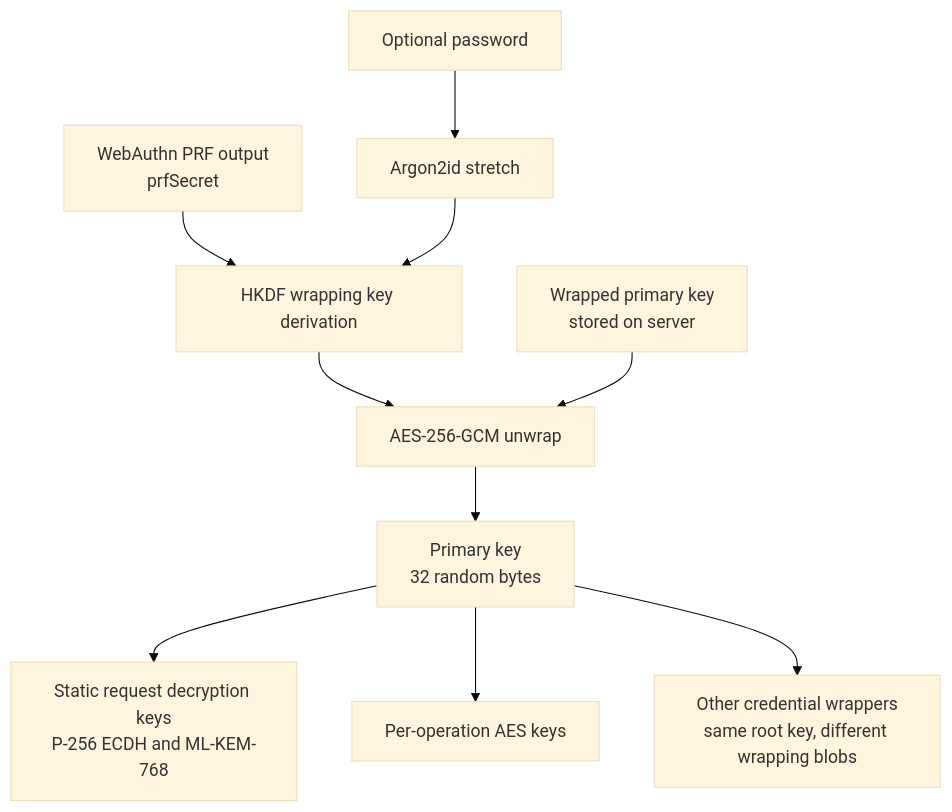
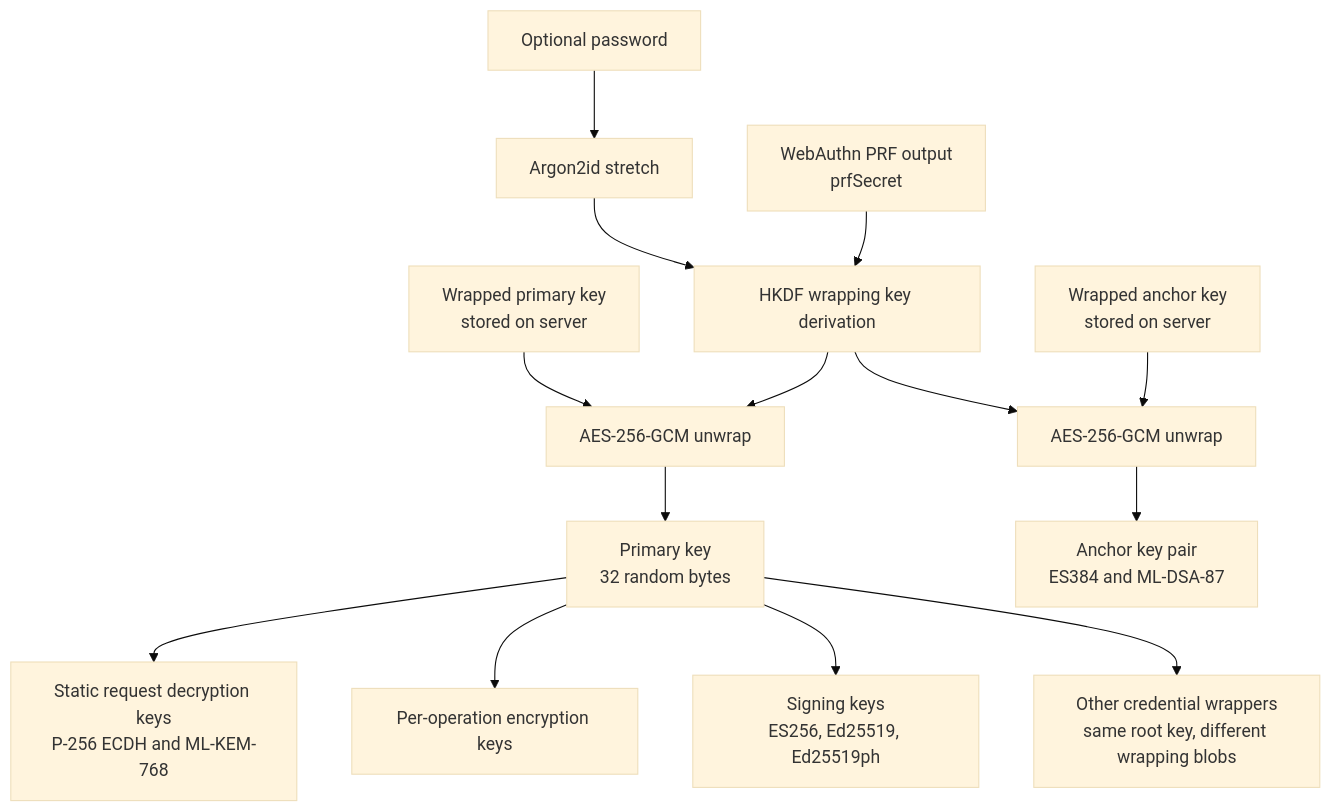
Before and after one commit to ItalyPaleAle/revaulter: the first of 9 diagrams in docs/content/docs/crypto-architecture.md, drawn with Mermaid (base theme). The commit also changed other lines of this file, not shown here.

First line of the commit message:
Update crypto-architecture

````diff
--- a/docs/content/docs/crypto-architecture.md
+++ b/docs/content/docs/crypto-architecture.md
@@ -20,12 +22,16 @@
 ```mermaid
 flowchart TD
     A[WebAuthn PRF output<br/>prfSecret] --> B[HKDF wrapping key derivation]
     P[Optional password] --> C[Argon2id stretch]
     C --> B
     B --> D[AES-256-GCM unwrap]
     S[Wrapped primary key<br/>stored on server] --> D
     D --> E[Primary key<br/>32 random bytes]
     E --> F[Static request decryption keys<br/>P-256 ECDH and ML-KEM-768]
-    E --> G[Per-operation AES keys]
+    E --> G[Per-operation encryption keys]
+    E --> I[Signing keys<br/>ES256, Ed25519, Ed25519ph]
     E --> H[Other credential wrappers<br/>same root key, different wrapping blobs]
+    W[Wrapped anchor key<br/>stored on server] --> DA[AES-256-GCM unwrap]
+    B --> DA
+    DA --> K[Anchor key pair<br/>ES384 and ML-DSA-87]
 ```
````
